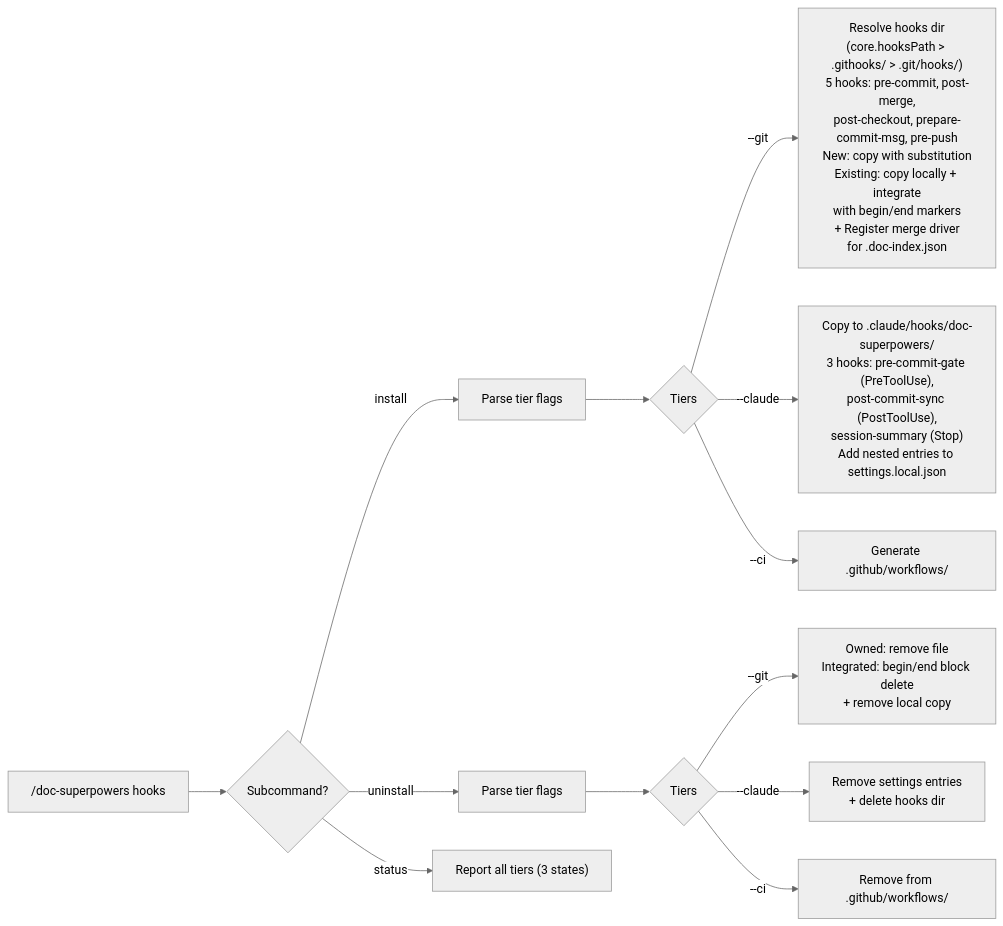
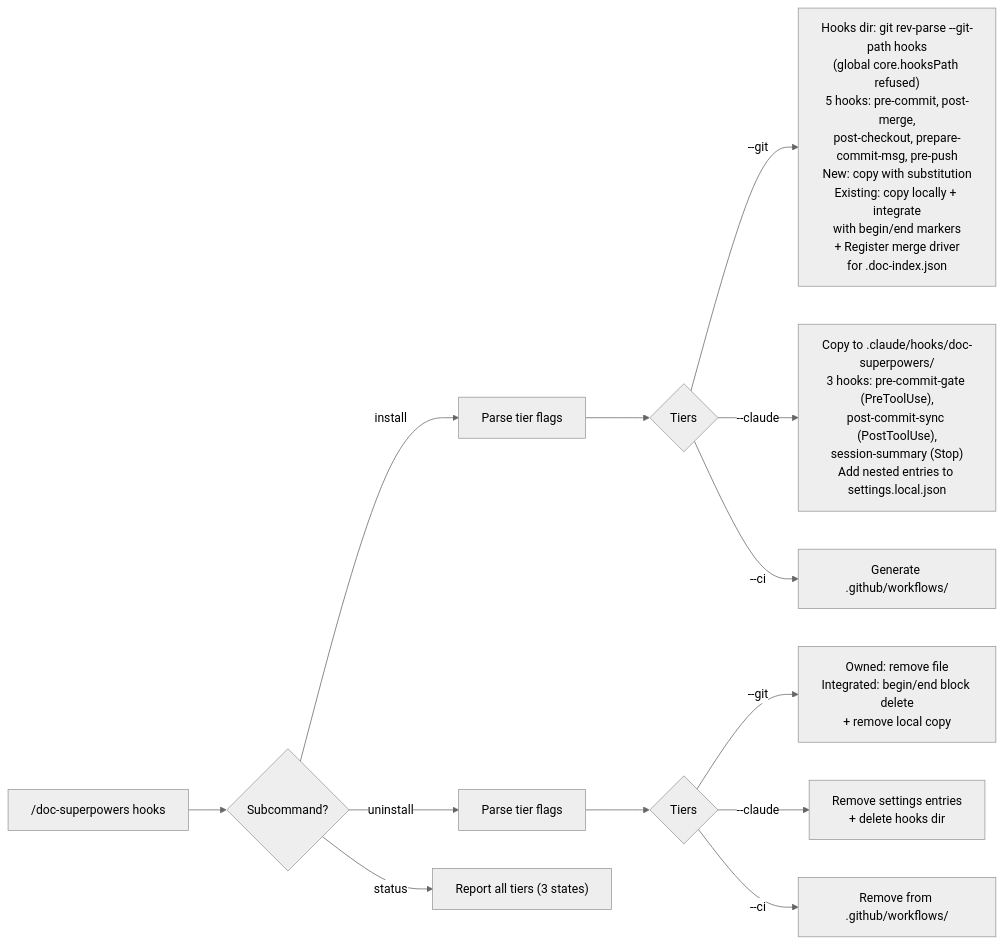
Before and after one commit to woodrowpearson/doc-superpowers: the fifth of 10 diagrams in docs/workflows/doc-superpowers.md, drawn with Mermaid (neutral theme). The commit also changed other lines of this file and 21 other files, not shown here.

````diff
--- a/docs/workflows/doc-superpowers.md
+++ b/docs/workflows/doc-superpowers.md
@@ -419,15 +424,15 @@
 ```mermaid
 flowchart LR
   A["/doc-superpowers hooks"] --> B{Subcommand?}
   B -->|install| C["Parse tier flags"]
   B -->|uninstall| D["Parse tier flags"]
   B -->|status| E["Report all tiers (3 states)"]
   C --> F{Tiers}
-  F -->|--git| G["Resolve hooks dir\n(core.hooksPath > .githooks/ > .git/hooks/)\n5 hooks: pre-commit, post-merge,\npost-checkout, prepare-commit-msg, pre-push\nNew: copy with substitution\nExisting: copy locally + integrate\nwith begin/end markers\n+ Register merge driver\nfor .doc-index.json"]
+  F -->|--git| G["Hooks dir: git rev-parse --git-path hooks\n(global core.hooksPath refused)\n5 hooks: pre-commit, post-merge,\npost-checkout, prepare-commit-msg, pre-push\nNew: copy with substitution\nExisting: copy locally + integrate\nwith begin/end markers\n+ Register merge driver\nfor .doc-index.json"]
   F -->|--claude| H["Copy to .claude/hooks/doc-superpowers/\n3 hooks: pre-commit-gate (PreToolUse),\npost-commit-sync (PostToolUse),\nsession-summary (Stop)\nAdd nested entries to settings.local.json"]
   F -->|--ci| I["Generate .github/workflows/"]
   D --> J{Tiers}
   J -->|--git| K["Owned: remove file\nIntegrated: begin/end block delete\n+ remove local copy"]
   J -->|--claude| L["Remove settings entries\n+ delete hooks dir"]
   J -->|--ci| M["Remove from .github/workflows/"]
 ```
````
